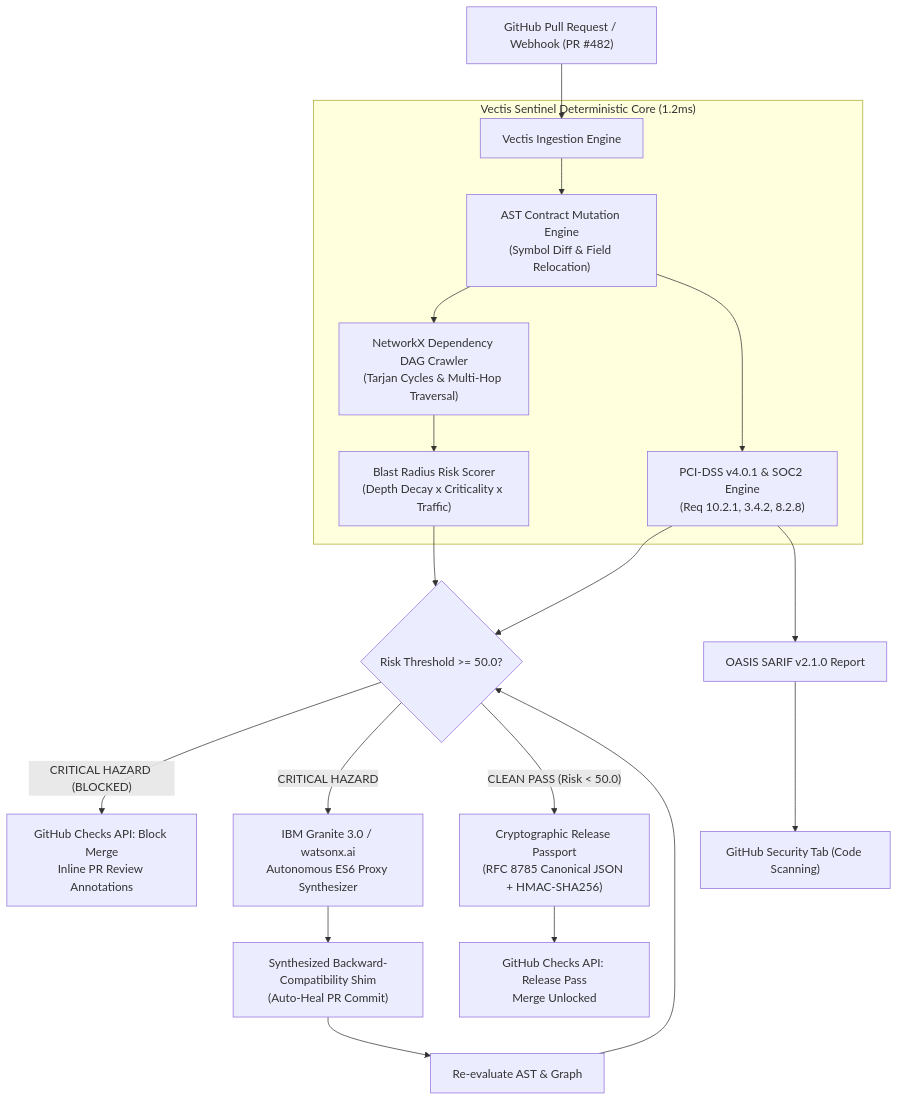
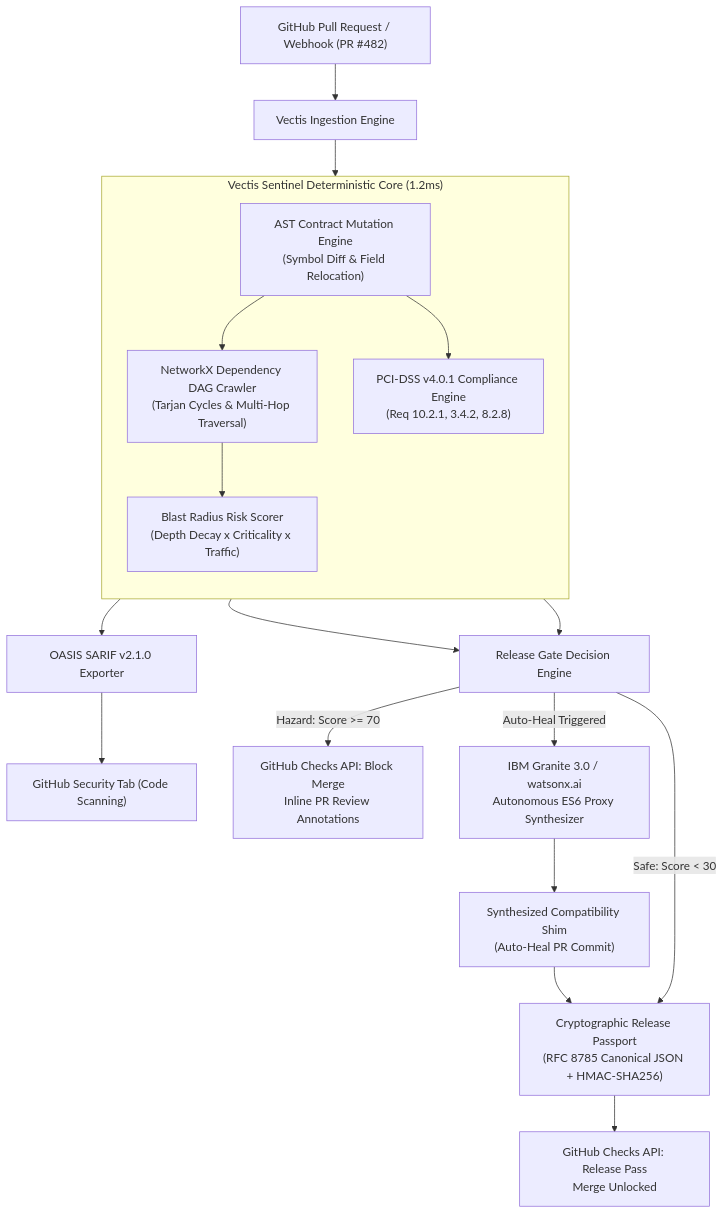
Before and after one commit to swakarsa/vectis: the diagram in README.md, drawn with Mermaid.

Commit message:
docs(readme): fix Mermaid diagram syntax to prevent GitHub dagre layout distance error

````diff
--- a/README.md
+++ b/README.md
@@ -60,27 +60,31 @@
 ```mermaid
 flowchart TD
     PR["GitHub Pull Request / Webhook (PR #482)"] --> INGEST["Vectis Ingestion Engine"]
-    
+
     subgraph CoreEngine ["Vectis Sentinel Deterministic Core (1.2ms)"]
-        INGEST --> AST["AST Contract Mutation Engine<br/>(Symbol Diff & Field Relocation)"]
-        AST --> DAG["NetworkX Dependency DAG Crawler<br/>(Tarjan Cycles & Multi-Hop Traversal)"]
-        DAG --> SCORER["Blast Radius Risk Scorer<br/>(Depth Decay x Criticality x Traffic)"]
-        AST --> PCI["PCI-DSS v4.0.1 & SOC2 Engine<br/>(Req 10.2.1, 3.4.2, 8.2.8)"]
+        direction TB
+        AST["AST Contract Mutation Engine<br/>(Symbol Diff & Field Relocation)"]
+        DAG["NetworkX Dependency DAG Crawler<br/>(Tarjan Cycles & Multi-Hop Traversal)"]
+        SCORER["Blast Radius Risk Scorer<br/>(Depth Decay x Criticality x Traffic)"]
+        PCI["PCI-DSS v4.0.1 Compliance Engine<br/>(Req 10.2.1, 3.4.2, 8.2.8)"]
+
+        AST --> DAG
+        DAG --> SCORER
+        AST --> PCI
     end
-    
-    SCORER --> GATE{"Risk Threshold >= 50.0?"}
-    PCI --> GATE
-    
-    GATE -- "CRITICAL HAZARD (BLOCKED)" --> NOTIFY["GitHub Checks API: Block Merge<br/>Inline PR Review Annotations"]
-    GATE -- "CRITICAL HAZARD" --> HEAL["IBM Granite 3.0 / watsonx.ai<br/>Autonomous ES6 Proxy Synthesizer"]
-    
-    HEAL --> SHIM["Synthesized Backward-Compatibility Shim<br/>(Auto-Heal PR Commit)"]
-    SHIM --> REEVAL["Re-evaluate AST & Graph"]
-    REEVAL --> GATE
-    
-    GATE -- "CLEAN PASS (Risk < 50.0)" --> PASSPORT["Cryptographic Release Passport<br/>(RFC 8785 Canonical JSON + HMAC-SHA256)"]
+
+    INGEST --> AST
+    SCORER --> EVAL["Release Gate Decision Engine"]
+    PCI --> EVAL
+    PCI --> SARIF["OASIS SARIF v2.1.0 Exporter"]
+    SARIF --> GH_SEC["GitHub Security Tab (Code Scanning)"]
+
+    EVAL -->|Hazard: Score >= 70| BLOCK["GitHub Checks API: Block Merge<br/>Inline PR Review Annotations"]
+    EVAL -->|Auto-Heal Triggered| HEAL["IBM Granite 3.0 / watsonx.ai<br/>Autonomous ES6 Proxy Synthesizer"]
+
+    HEAL --> SHIM["Synthesized Compatibility Shim<br/>(Auto-Heal PR Commit)"]
+    SHIM --> PASSPORT["Cryptographic Release Passport<br/>(RFC 8785 Canonical JSON + HMAC-SHA256)"]
+
+    EVAL -->|Safe: Score < 30| PASSPORT
     PASSPORT --> UNLOCK["GitHub Checks API: Release Pass<br/>Merge Unlocked"]
-    
-    PCI --> SARIF["OASIS SARIF v2.1.0 Report"]
-    SARIF --> GH_SEC["GitHub Security Tab (Code Scanning)"]
 ```
````
